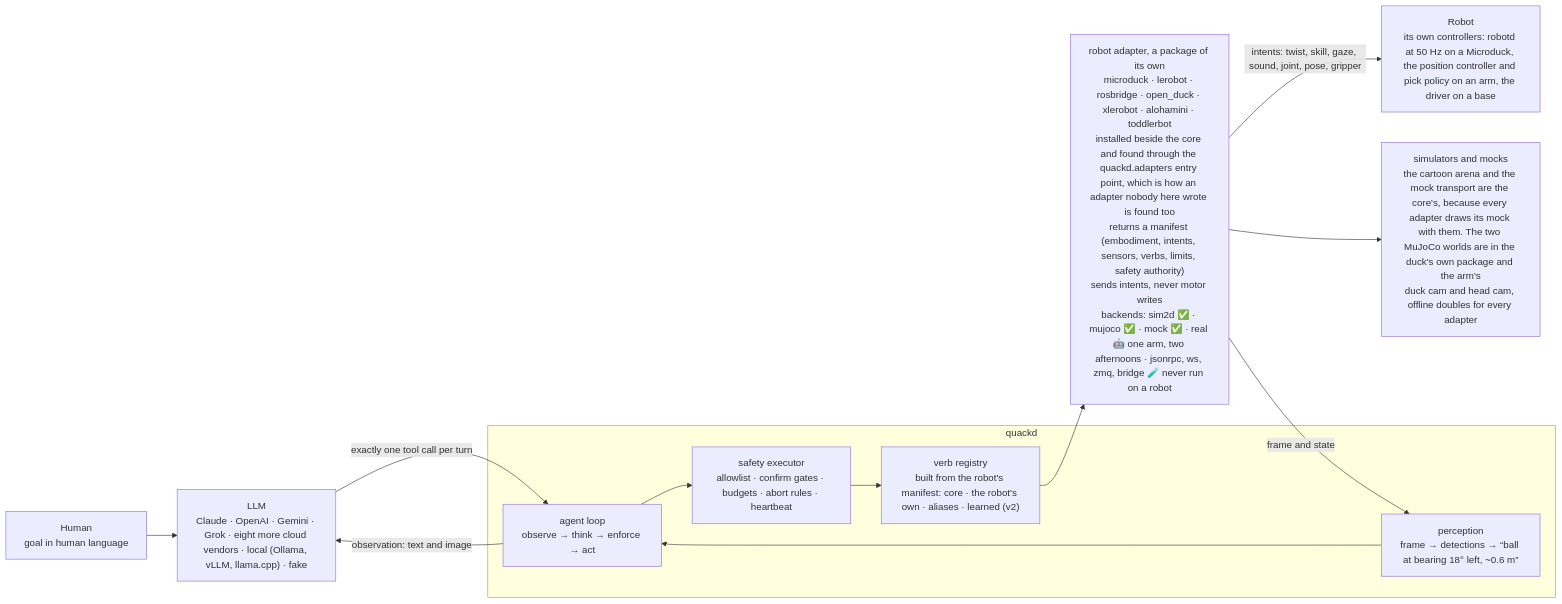
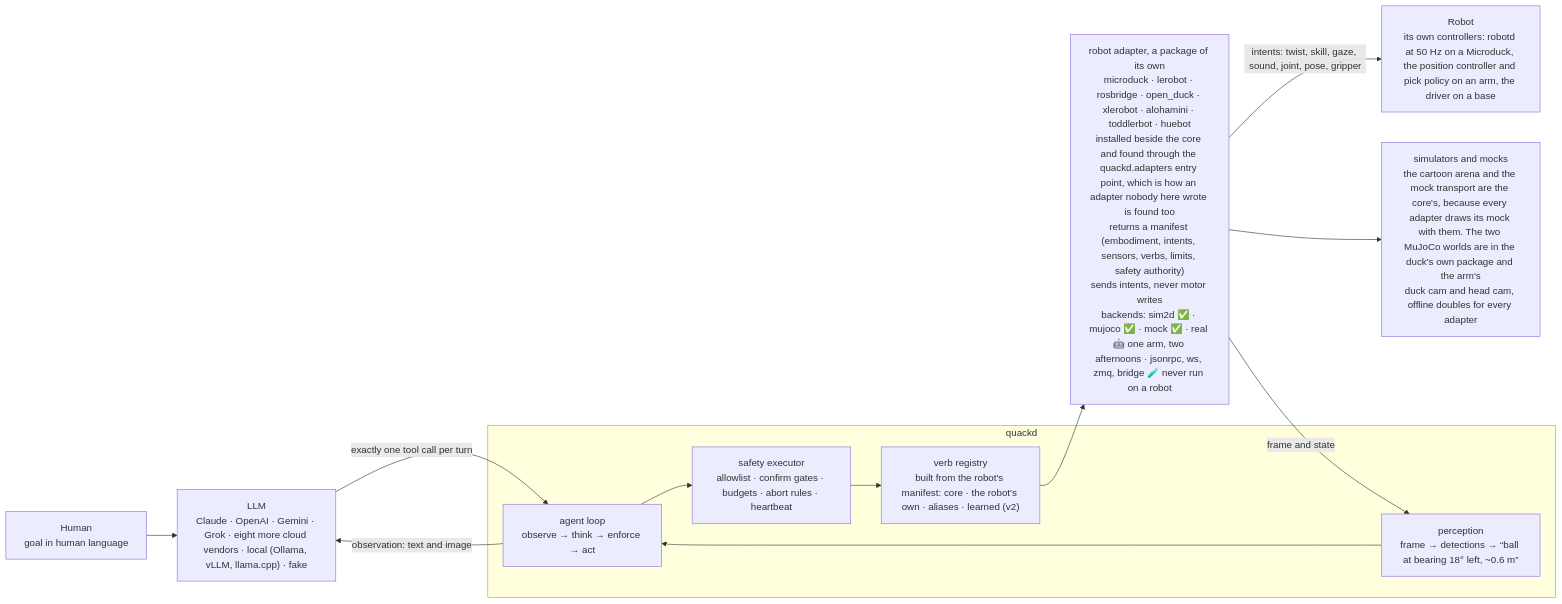
The second of 2 diagrams in README.md (rokbenko/quackd), drawn with Mermaid before and after one commit. The commit also changed other lines of this file and 27 other files, not shown here.

````diff
--- a/README.md
+++ b/README.md
@@ -527,21 +530,21 @@
 ```mermaid
 flowchart LR
     HUMAN["Human<br/>goal in human language"]
     LLM["LLM<br/>Claude · OpenAI · Gemini · Grok · eight more cloud vendors · local (Ollama, vLLM, llama.cpp) · fake"]
     subgraph quackd
         LOOP["agent loop<br/>observe → think → enforce → act"]
         EXEC["safety executor<br/>allowlist · confirm gates · budgets · abort rules · heartbeat"]
         VERBS["verb registry<br/>built from the robot's manifest: core · the robot's own · aliases · learned (v2)"]
         PERC["perception<br/>frame → detections → “ball at bearing 18° left, ~0.6 m”"]
     end
-    ADAPTER["robot adapter, a package of its own<br/>microduck · lerobot · rosbridge · open_duck · xlerobot · alohamini · toddlerbot<br/>installed beside the core and found through the quackd.adapters entry point, which is how an adapter nobody here wrote is found too<br/>returns a manifest (embodiment, intents, sensors, verbs, limits, safety authority)<br/>sends intents, never motor writes<br/>backends: sim2d ✅ · mujoco ✅ · mock ✅ · real 🤖 one arm, two afternoons · jsonrpc, ws, zmq, bridge 🧪 never run on a robot"]
+    ADAPTER["robot adapter, a package of its own<br/>microduck · lerobot · rosbridge · open_duck · xlerobot · alohamini · toddlerbot · huebot<br/>installed beside the core and found through the quackd.adapters entry point, which is how an adapter nobody here wrote is found too<br/>returns a manifest (embodiment, intents, sensors, verbs, limits, safety authority)<br/>sends intents, never motor writes<br/>backends: sim2d ✅ · mujoco ✅ · mock ✅ · real 🤖 one arm, two afternoons · jsonrpc, ws, zmq, bridge 🧪 never run on a robot"]
     ROBOT["Robot<br/>its own controllers: robotd at 50 Hz on a Microduck, the position controller and pick policy on an arm, the driver on a base"]
     SIM["simulators and mocks<br/>the cartoon arena and the mock transport are the core's, because every adapter draws its mock with them. The two MuJoCo worlds are in the duck's own package and the arm's<br/>duck cam and head cam, offline doubles for every adapter"]
     HUMAN --> LLM
     LLM -- "exactly one tool call per turn" --> LOOP
     LOOP --> EXEC --> VERBS --> ADAPTER
     ADAPTER -- "intents: twist, skill, gaze, sound, joint, pose, gripper" --> ROBOT
     ADAPTER --> SIM
     ADAPTER -- "frame and state" --> PERC --> LOOP
     LOOP -- "observation: text and image" --> LLM
 ```
````
